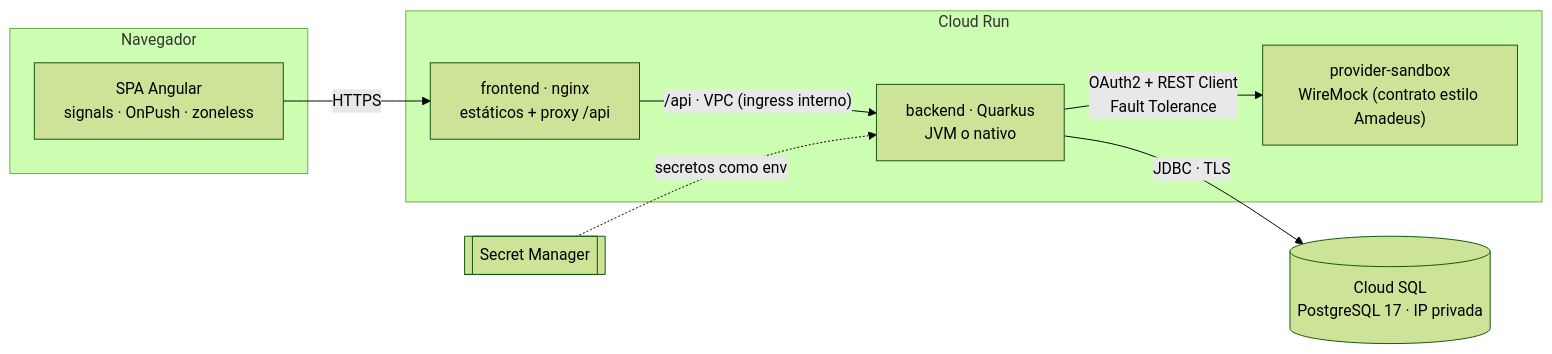
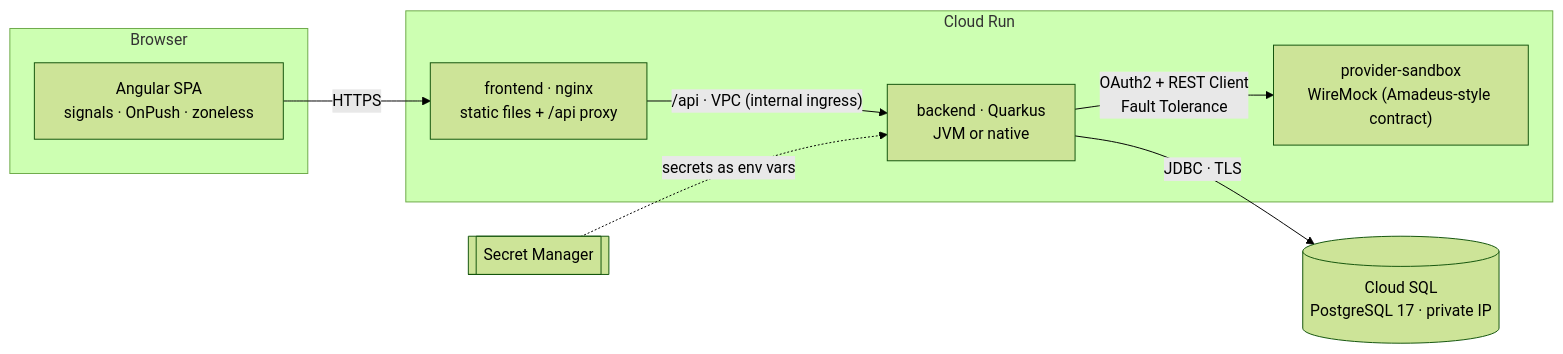
The first of 4 diagrams in README.md (marinellysfigueroa/interline-booking-manager), drawn with Mermaid (forest theme) before and after one commit. The commit also changed other lines of this file and 3 other files, not shown here.

````diff
--- a/README.md
+++ b/README.md
@@ -28,19 +30,19 @@
 ```mermaid
 flowchart LR
-  subgraph cliente[Navegador]
-    spa["SPA Angular<br/>signals · OnPush · zoneless"]
+  subgraph client[Browser]
+    spa["Angular SPA<br/>signals · OnPush · zoneless"]
   end
   subgraph run[Cloud Run]
-    nginx["frontend · nginx<br/>estáticos + proxy /api"]
-    api["backend · Quarkus<br/>JVM o nativo"]
-    sbx["provider-sandbox<br/>WireMock (contrato estilo Amadeus)"]
+    nginx["frontend · nginx<br/>static files + /api proxy"]
+    api["backend · Quarkus<br/>JVM or native"]
+    sbx["provider-sandbox<br/>WireMock (Amadeus-style contract)"]
   end
-  db[("Cloud SQL<br/>PostgreSQL 17 · IP privada")]
+  db[("Cloud SQL<br/>PostgreSQL 17 · private IP")]
   sm[[Secret Manager]]
 
   spa -->|HTTPS| nginx
-  nginx -->|"/api · VPC (ingress interno)"| api
+  nginx -->|"/api · VPC (internal ingress)"| api
   api -->|"JDBC · TLS"| db
   api -->|"OAuth2 + REST Client<br/>Fault Tolerance"| sbx
-  sm -. "secretos como env" .-> api
+  sm -. "secrets as env vars" .-> api
 ```
````
